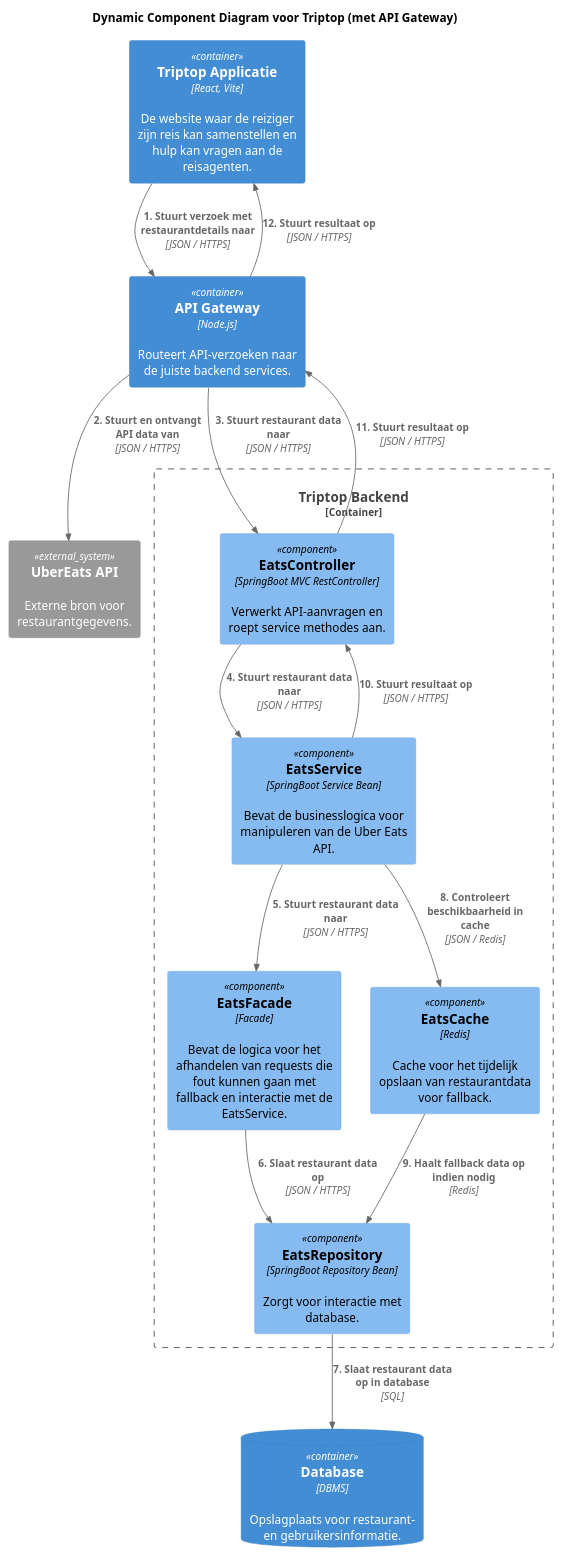
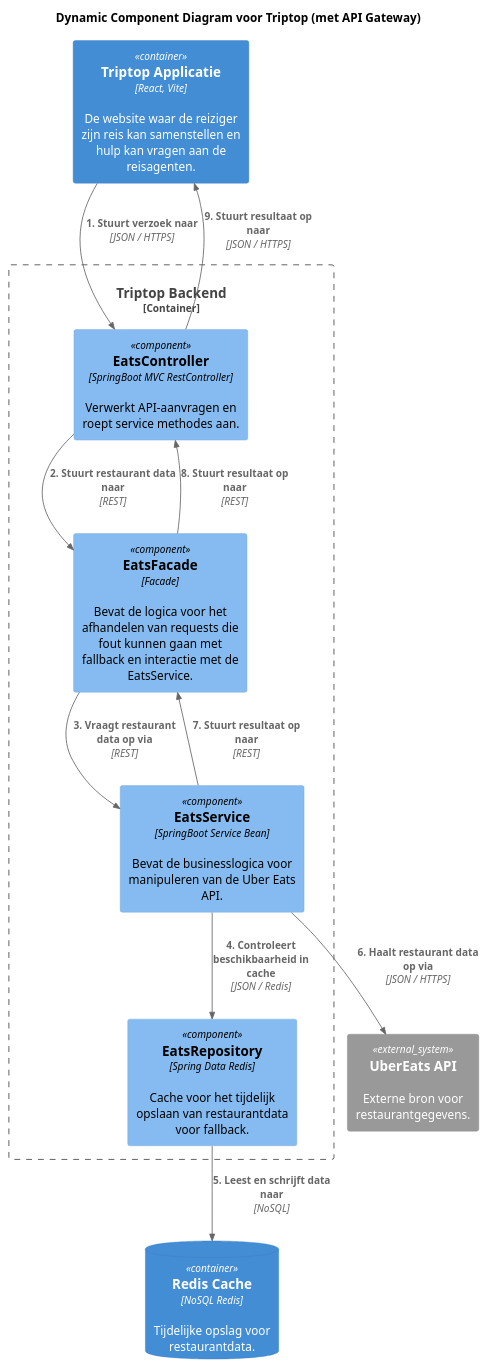
Before and after one commit to AIM-ENE-feb25/triptop-beca: the diagram in voorbereidingen/week2-les3/dynamic-component-diagram-atakan.puml, drawn with PlantUML. The commit also changed 3 other files, not shown here.

Commit message:
Verbeteringen in diagrammen

```diff
--- a/voorbereidingen/week2-les3/dynamic-component-diagram-atakan.puml
+++ b/voorbereidingen/week2-les3/dynamic-component-diagram-atakan.puml
@@ -1,33 +1,29 @@
 @startuml
 !include https://raw.githubusercontent.com/plantuml-stdlib/C4-PlantUML/master/C4_Component.puml
 
 title Dynamic Component Diagram voor Triptop (met API Gateway)
 
 Container(tt_app, "Triptop Applicatie", "React, Vite", "De website waar de reiziger zijn reis kan samenstellen en hulp kan vragen aan de reisagenten.")
-Container(api_gateway, "API Gateway", "Node.js", "Routeert API-verzoeken naar de juiste backend services.")
-ContainerDb(db, "Database", "DBMS", "Opslagplaats voor restaurant- en gebruikersinformatie.")
 System_Ext(eats_api, "UberEats API", "Externe bron voor restaurantgegevens.")
+ContainerDb(redis, "Redis Cache", "NoSQL Redis", "Tijdelijke opslag voor restaurantdata.")
 
 Container_Boundary(api, "Triptop Backend") {
     Component(controller, "EatsController", "SpringBoot MVC RestController", "Verwerkt API-aanvragen en roept service methodes aan.")
     Component(facade, "EatsFacade", "Facade", "Bevat de logica voor het afhandelen van requests die fout kunnen gaan met fallback en interactie met de EatsService.")
     Component(service, "EatsService", "SpringBoot Service Bean", "Bevat de businesslogica voor manipuleren van de Uber Eats API.")
-    Component(repository, "EatsRepository", "SpringBoot Repository Bean", "Zorgt voor interactie met database.")
-    Component(cache, "EatsCache", "Redis", "Cache voor het tijdelijk opslaan van restaurantdata voor fallback.")
+    Component(cache, "EatsRepository", "Spring Data Redis", "Cache voor het tijdelijk opslaan van restaurantdata voor fallback.")
 
-    Rel(tt_app, api_gateway, "1. Stuurt verzoek met restaurantdetails naar", "JSON / HTTPS")
-    Rel(api_gateway, controller, "3. Stuurt restaurant data naar", "JSON / HTTPS")
-    Rel(controller, service, "4. Stuurt restaurant data naar", "JSON / HTTPS")
-    Rel(service, facade, "5. Stuurt restaurant data naar", "JSON / HTTPS")
-    Rel(facade, repository, "6. Slaat restaurant data op", "JSON / HTTPS")
-    Rel(repository, db, "7. Slaat restaurant data op in database", "SQL")
-    Rel(service, cache, "8. Controleert beschikbaarheid in cache", "JSON / Redis")
-    Rel(cache, repository, "9. Haalt fallback data op indien nodig", "Redis")
-    Rel(service, controller, "10. Stuurt resultaat op", "JSON / HTTPS")
-    Rel(controller, api_gateway, "11. Stuurt resultaat op", "JSON / HTTPS")
-    Rel(api_gateway, tt_app, "12. Stuurt resultaat op", "JSON / HTTPS")
+    Rel(tt_app, controller, "1. Stuurt verzoek naar", "JSON / HTTPS")
+    Rel(controller, facade, "2. Stuurt restaurant data naar", "REST")
+    Rel(facade, service, "3. Vraagt restaurant data op via", "REST")
+    Rel(service, cache, "4. Controleert beschikbaarheid in cache", "JSON / Redis")
+    Rel(cache, redis, "5. Leest en schrijft data naar", "NoSQL")
+    Rel(service, eats_api, "6. Haalt restaurant data op via", "JSON / HTTPS")
+
+    Rel(service, facade, "7. Stuurt resultaat op naar", "REST")
+    Rel(facade, controller, "8. Stuurt resultaat op naar", "REST")
+    Rel(controller, tt_app, "9. Stuurt resultaat op naar", "JSON / HTTPS")
 }
 
-Rel(api_gateway, eats_api, "2. Stuurt en ontvangt API data van", "JSON / HTTPS")
 
 @enduml
```
